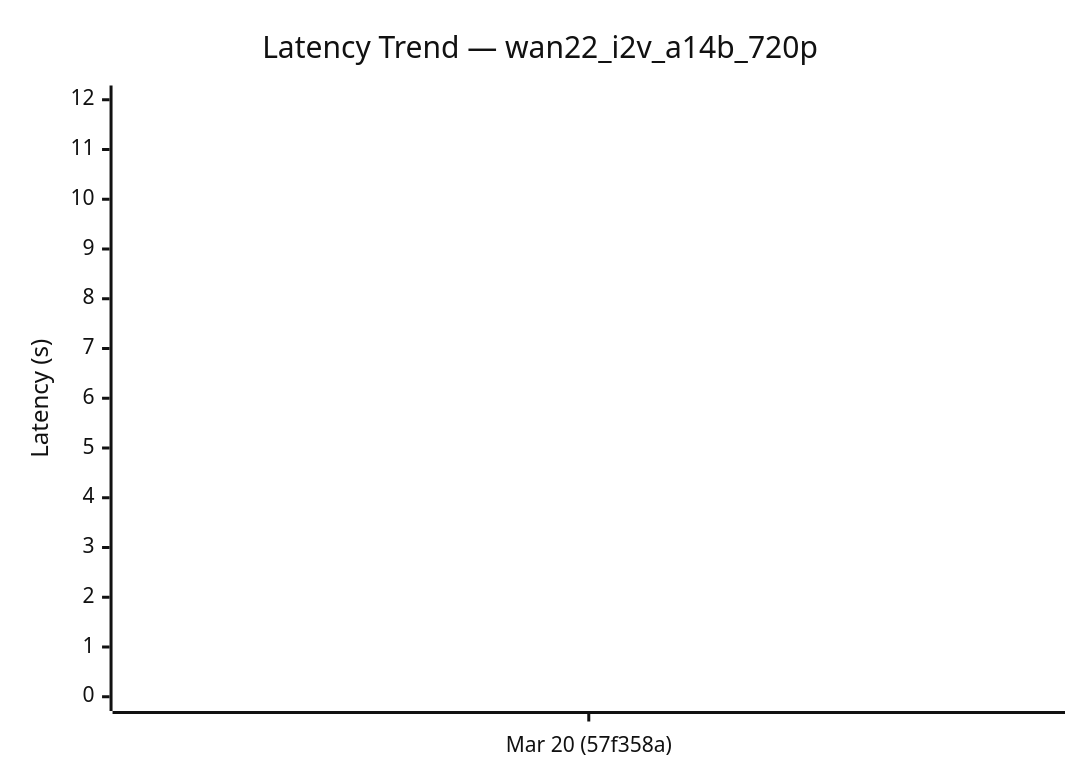
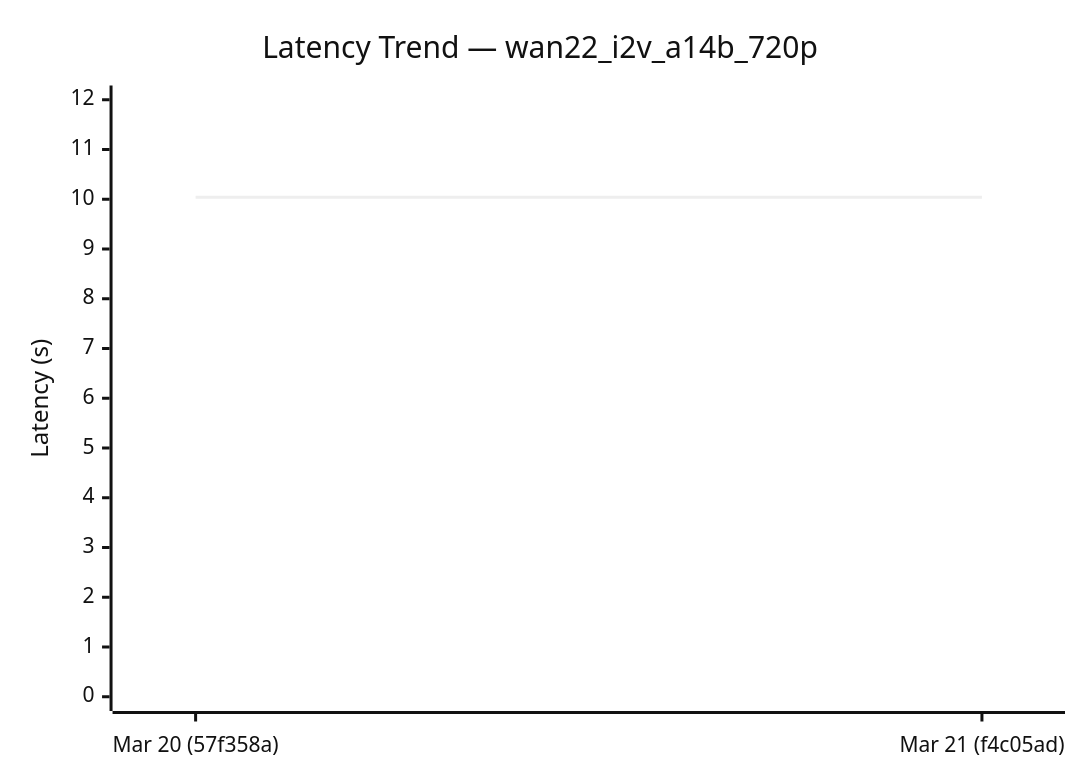
The eighth of 8 diagrams in diffusion-comparisons/dashboard.md (sglang-bot/sglang-ci-data), drawn with Mermaid (neutral theme) before and after one commit. The commit also changed other lines of this file and 1 other file, not shown here.

````diff
--- a/diffusion-comparisons/dashboard.md
+++ b/diffusion-comparisons/dashboard.md
@@ -108,7 +122,7 @@
 ```mermaid
 xychart-beta
   title "Latency Trend — wan22_i2v_a14b_720p"
-  x-axis ["Mar 20 (57f358a)"]
+  x-axis ["Mar 20 (57f358a)", "Mar 21 (f4c05ad)"]
   y-axis "Latency (s)" 0 --> 12
-  line [10.04]
+  line [10.04, 10.04]
 ```
````
